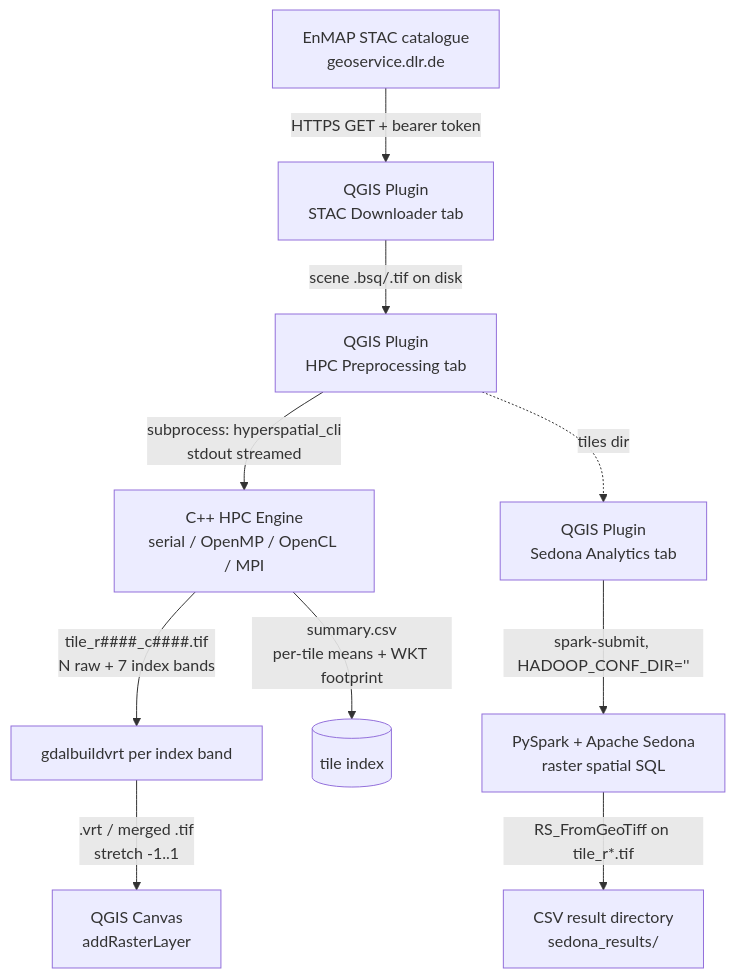
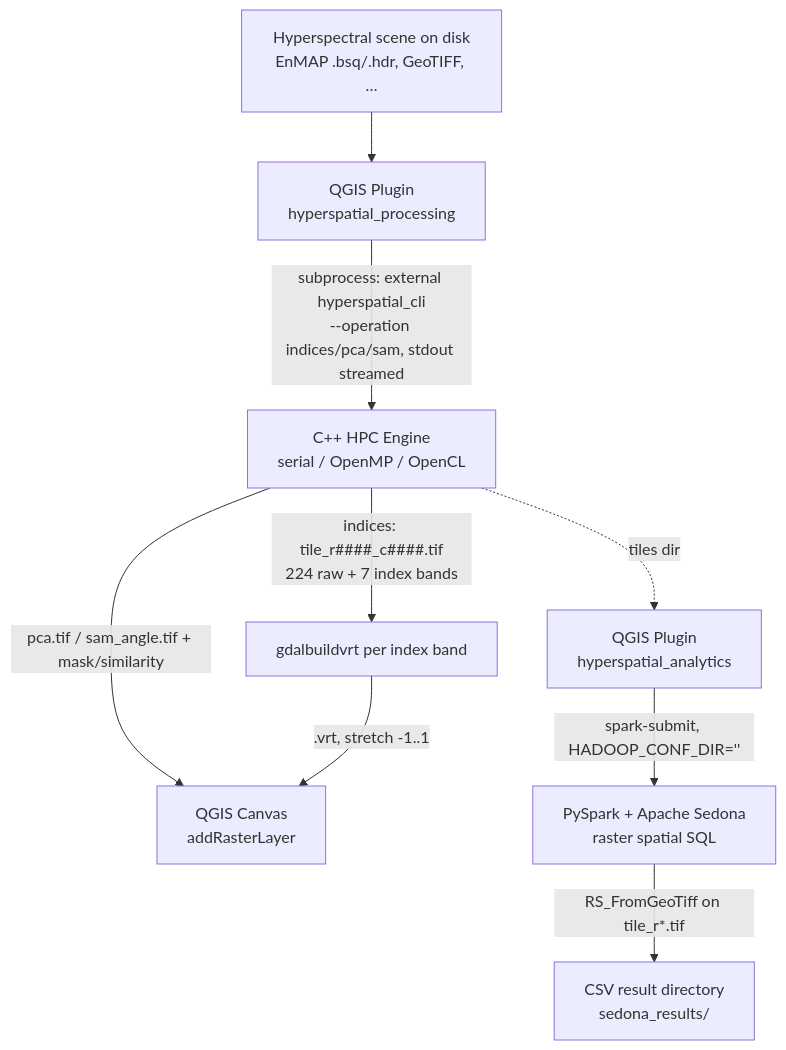
One commit to aaron43210/HYPERSPECTRAL_DATA_DISTRIBUTED_SYSTEM changed the diagram in docs/architecture.md. Above: the diagram before and after it, drawn with Mermaid. The commit also changed other lines of this file and 38 other files, not shown here.

Commit message:
Clean up repo: drop monolith/downloader/MPI, refresh docs, harden .gitignore, align Sedona 1.5.1 jobs

````diff
--- a/docs/architecture.md
+++ b/docs/architecture.md
@@ -19,12 +19,11 @@
 ```mermaid
 flowchart TD
-    A[EnMAP STAC catalogue<br/>geoservice.dlr.de] -->|HTTPS GET + bearer token| B[QGIS Plugin<br/>STAC Downloader tab]
-    B -->|scene .bsq/.tif on disk| C[QGIS Plugin<br/>HPC Preprocessing tab]
-    C -->|subprocess: hyperspatial_cli<br/>stdout streamed| D[C++ HPC Engine<br/>serial / OpenMP / OpenCL / MPI]
-    D -->|tile_r####_c####.tif<br/>N raw + 7 index bands| E[gdalbuildvrt per index band]
-    D -->|summary.csv<br/>per-tile means + WKT footprint| F[(tile index)]
-    E -->|.vrt / merged .tif<br/>stretch -1..1| G[QGIS Canvas<br/>addRasterLayer]
-    C -. tiles dir .-> H[QGIS Plugin<br/>Sedona Analytics tab]
+    S[Hyperspectral scene on disk<br/>EnMAP .bsq/.hdr, GeoTIFF, …] --> B[QGIS Plugin<br/>hyperspatial_processing]
+    B -->|subprocess: external hyperspatial_cli<br/>--operation indices/pca/sam, stdout streamed| D[C++ HPC Engine<br/>serial / OpenMP / OpenCL]
+    D -->|indices: tile_r####_c####.tif<br/>224 raw + 7 index bands| E[gdalbuildvrt per index band]
+    D -->|pca.tif / sam_angle.tif + mask/similarity| G
+    E -->|.vrt, stretch -1..1| G[QGIS Canvas<br/>addRasterLayer]
+    D -. tiles dir .-> H[QGIS Plugin<br/>hyperspatial_analytics]
     H -->|spark-submit, HADOOP_CONF_DIR=''| I[PySpark + Apache Sedona<br/>raster spatial SQL]
     I -->|RS_FromGeoTiff on tile_r*.tif| J[CSV result directory<br/>sedona_results/]
 ```
````
